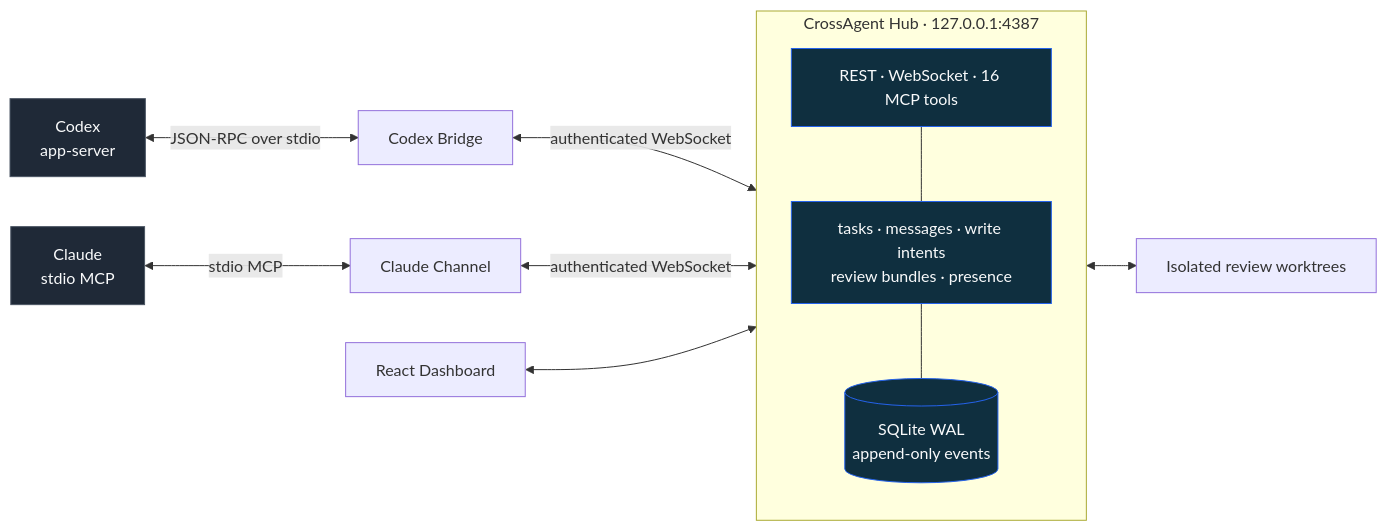
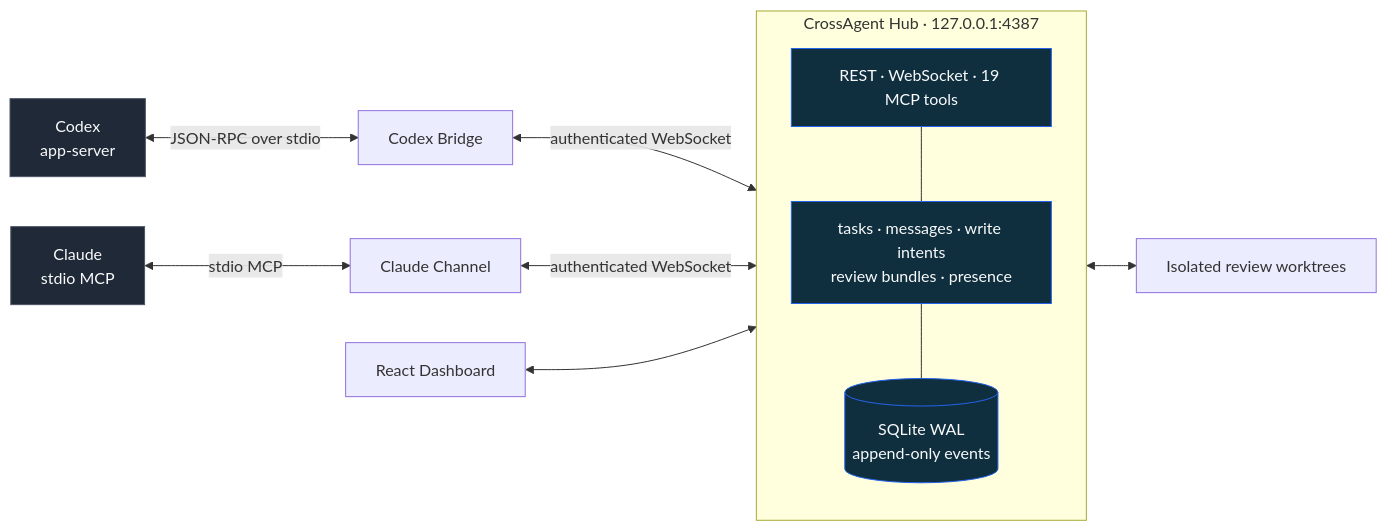
The second of 2 diagrams in README.md (ayanamislover/ayanamiAgent-Hub), drawn with Mermaid before and after one commit. The commit also changed other lines of this file and 10 other files, not shown here.

````diff
--- a/README.md
+++ b/README.md
@@ -247,30 +247,30 @@
 ```mermaid
 flowchart LR
   CX["Codex<br/>app-server"]
   CL["Claude<br/>stdio MCP"]
   CB["Codex Bridge"]
   CH["Claude Channel"]
 
   subgraph HUB["CrossAgent Hub · 127.0.0.1:4387"]
     direction TB
-    SVC["REST · WebSocket · 16 MCP tools"]
+    SVC["REST · WebSocket · 19 MCP tools"]
     DOM["tasks · messages · write intents<br/>review bundles · presence"]
     DB[("SQLite WAL<br/>append-only events")]
     SVC --- DOM --- DB
   end
 
   UI["React Dashboard"]
   GIT["Isolated review worktrees"]
 
   CX <-->|"JSON-RPC over stdio"| CB
   CL <-->|"stdio MCP"| CH
   CB <-->|"authenticated WebSocket"| SVC
   CH <-->|"authenticated WebSocket"| SVC
   UI <--> SVC
   DOM <--> GIT
 
   classDef agent fill:#1f2937,stroke:#4b5563,color:#f9fafb
   classDef hub fill:#0f2f3f,stroke:#2563eb,color:#f9fafb
   class CX,CL agent
   class SVC,DOM,DB hub
 ```
````
